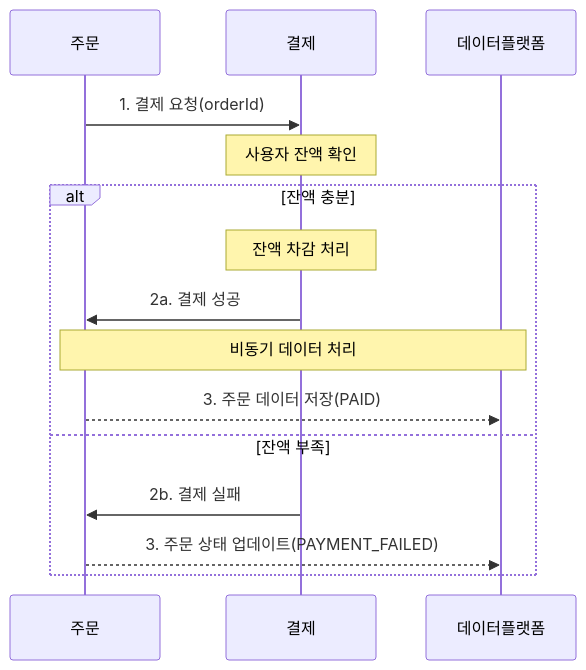
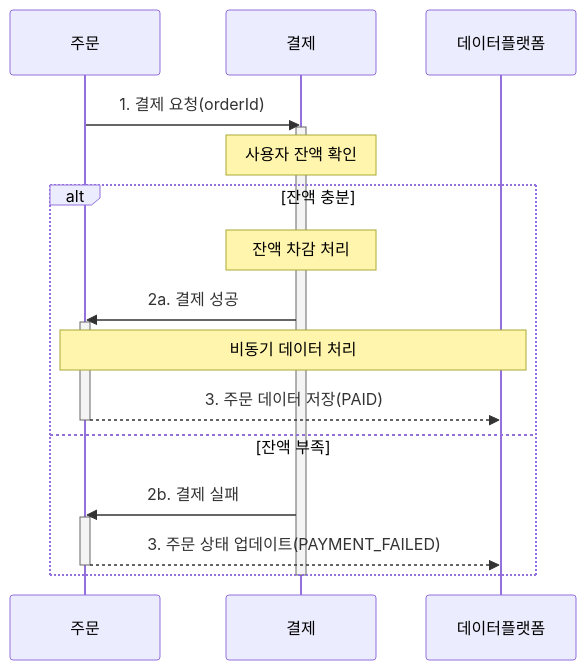
Before and after one commit to ynyejn/e-commerce: the sixth of 9 diagrams in README.md, drawn with Mermaid. The commit also changed other lines of this file and 9 other files, not shown here.

````diff
--- a/README.md
+++ b/README.md
@@ -133,19 +154,25 @@
 ```mermaid
 sequenceDiagram
     participant OrderSystem as 주문
     participant PaymentSystem as 결제
     participant DataSystem as 데이터플랫폼
-    
+
     OrderSystem->>PaymentSystem: 1. 결제 요청(orderId)
+    activate PaymentSystem
     Note over PaymentSystem: 사용자 잔액 확인
-    
+
     alt 잔액 충분
         Note over PaymentSystem: 잔액 차감 처리
         PaymentSystem->>OrderSystem: 2a. 결제 성공
+        activate OrderSystem
         Note over OrderSystem,DataSystem: 비동기 데이터 처리
         OrderSystem-->>DataSystem: 3. 주문 데이터 저장(PAID)
+        deactivate OrderSystem
     else 잔액 부족
         PaymentSystem->>OrderSystem: 2b. 결제 실패
+        activate OrderSystem
         OrderSystem-->>DataSystem: 3. 주문 상태 업데이트(PAYMENT_FAILED)
+        deactivate OrderSystem
     end
+    deactivate PaymentSystem
 ```
````
